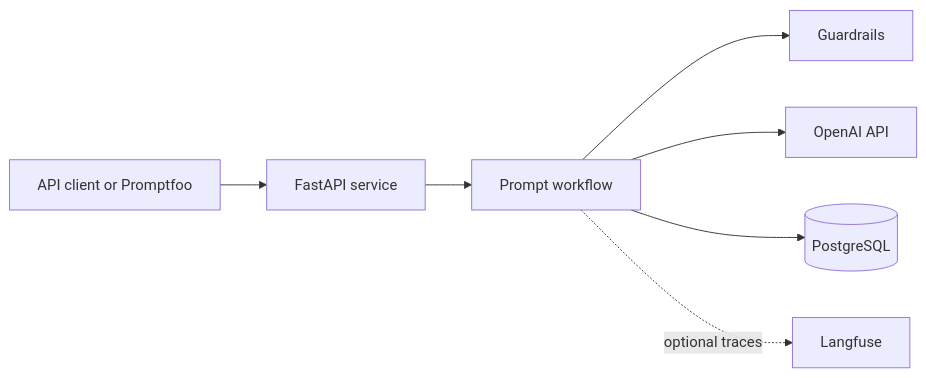
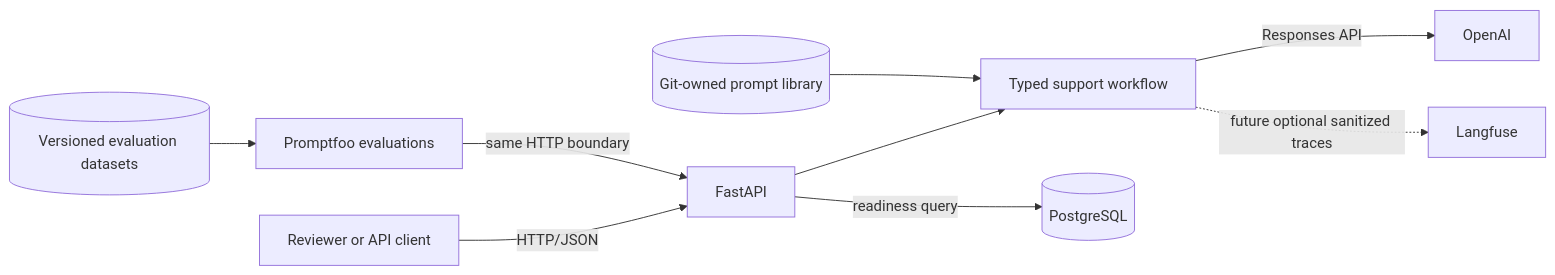
Before and after one commit to RafaS92/prompt-engineering-project: the first of 3 diagrams in docs/architecture.md, drawn with Mermaid. The commit also changed other lines of this file, not shown here.

Commit message:
architecture md

````diff
--- a/docs/architecture.md
+++ b/docs/architecture.md
@@ -15,9 +15,11 @@
 ```mermaid
 flowchart LR
-    Client[API client or Promptfoo] --> API[FastAPI service]
-    API --> Workflow[Prompt workflow]
-    Workflow --> Guardrails[Guardrails]
-    Workflow --> OpenAI[OpenAI API]
-    Workflow --> DB[(PostgreSQL)]
-    Workflow -. optional traces .-> Langfuse[Langfuse]
+    Reviewer[Reviewer or API client] -->|HTTP/JSON| API[FastAPI]
+    Promptfoo[Promptfoo evaluations] -->|same HTTP boundary| API
+    API --> Workflow[Typed support workflow]
+    Workflow -->|Responses API| OpenAI[OpenAI]
+    API -->|readiness query| DB[(PostgreSQL)]
+    Registry[(Git-owned prompt library)] --> Workflow
+    Dataset[(Versioned evaluation datasets)] --> Promptfoo
+    Workflow -. future optional sanitized traces .-> Langfuse[Langfuse]
 ```
````
